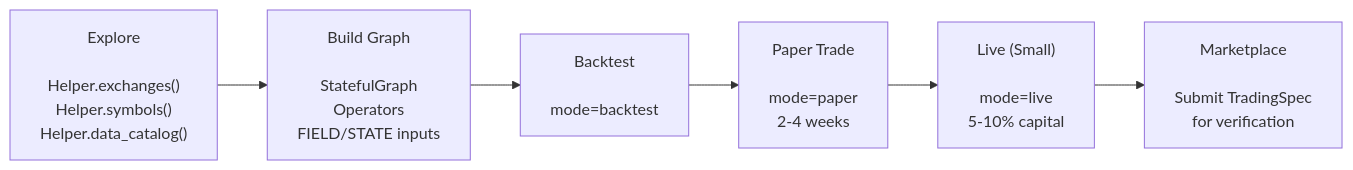
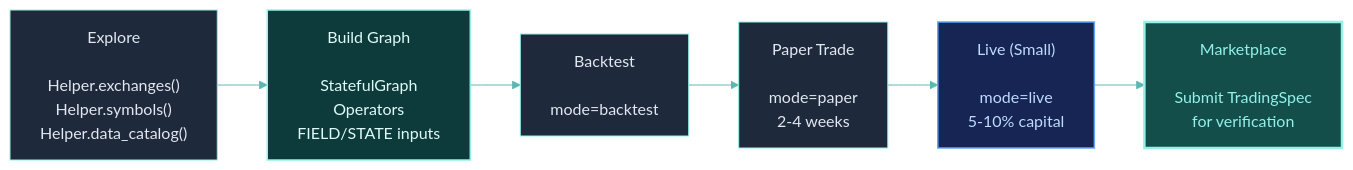
One commit to Clypt/docs changed the diagram in platform/builder-guide.mdx. Above: the diagram before and after it, drawn with Mermaid. The commit also changed other lines of this file and 73 other files, not shown here.

````diff
--- a/platform/builder-guide.mdx
+++ b/platform/builder-guide.mdx
@@ -196,11 +196,18 @@
 ```mermaid
+%%{init: {'theme': 'base', 'themeVariables': { 'primaryColor': '#1e293b', 'primaryTextColor': '#e2e8f0', 'primaryBorderColor': '#94F1E8', 'lineColor': '#5bb8b0', 'clusterBkg': '#0f172a', 'clusterBorder': '#1e3a3a', 'titleColor': '#94F1E8', 'edgeLabelBackground': 'transparent' }}}%%
 flowchart LR
+    classDef source fill:#0d3b3b,stroke:#94F1E8,stroke-width:1.5px,color:#e0faf7
+    classDef action fill:#172554,stroke:#60a5fa,stroke-width:1.5px,color:#bfdbfe
+    classDef highlight fill:#134e4a,stroke:#94F1E8,stroke-width:2.5px,color:#94F1E8
     S1["Explore<br><br>Helper.exchanges()<br>Helper.symbols()<br>Helper.data_catalog()"]
     S2["Build Graph<br><br>StatefulGraph<br>Operators<br>FIELD/STATE inputs"]
     S3["Backtest<br><br>mode=backtest"]
     S4["Paper Trade<br><br>mode=paper<br>2-4 weeks"]
     S5["Live (Small)<br><br>mode=live<br>5-10% capital"]
     S6["Marketplace<br><br>Submit TradingSpec<br>for verification"]
 
     S1 --> S2 --> S3 --> S4 --> S5 --> S6
+    class S2 source
+    class S5 action
+    class S6 highlight
 ```
````
